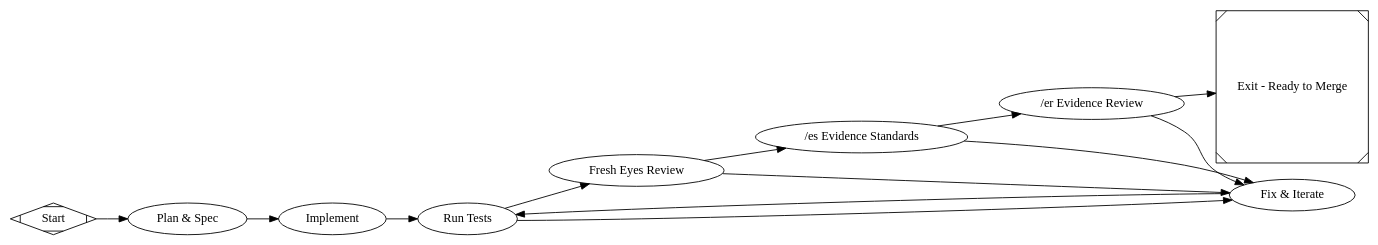
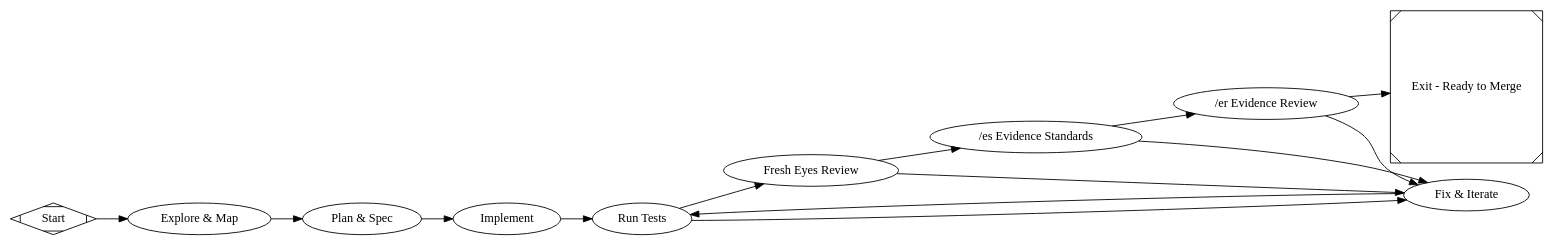
Before and after one commit to jleechanorg/dark-factory: the diagram in pipelines/slim/minimal_pr.dot, drawn with Graphviz. The commit also changed 8 other files, not shown here.

First line of the commit message:
feat(slim): add explore phase and role-based model routing

```diff
--- a/pipelines/slim/minimal_pr.dot
+++ b/pipelines/slim/minimal_pr.dot
@@ -1,79 +1,90 @@
 digraph MinimalPRFactory {
   graph [
     goal="Iterate on an in-flight PR: passes tests, review, and evidence gates"
     rankdir=LR
     model_stylesheet="minimal_feature.model.css"
   ]
 
   start [shape=Mdiamond, label="Start"]
   exit  [shape=Msquare, label="Exit - Ready to Merge"]
+
+  explore [
+    type="codergen",
+    label="Explore & Map",
+    class="explore",
+    prompt="@prompts/slim/explore.md"
+  ]
 
   plan [
     type="codergen",
     label="Plan & Spec",
     class="plan",
     prompt="@prompts/slim/plan.md"
   ]
 
   implement [
     type="codergen",
     label="Implement",
     class="implement",
     prompt="@prompts/slim/implement.md",
     max_retries=2
   ]
 
   test [
     type="tool",
     label="Run Tests",
     command="${state.slim.test_command}",
     validation=true,
     goal_gate=true,
+    timeout=600,
     retry_target="fix"
   ]
 
   review [
     type="codergen",
     label="Fresh Eyes Review",
     class="review",
-    backend="codex",
     prompt="@prompts/slim/review.md",
     goal_gate=true,
     retry_target="fix"
   ]
 
   gate_es [
     type="gate_es",
-    label="/es Evidence Standards"
+    label="/es Evidence Standards",
+    timeout=600
   ]
 
   gate_er [
     type="gate_er",
-    label="/er Evidence Review"
+    label="/er Evidence Review",
+    timeout=600
   ]
 
   fix [
     type="codergen",
     label="Fix & Iterate",
+    class="fix",
     prompt="@prompts/slim/fix.md",
     max_retries=2
   ]
 
-  start -> plan
+  start -> explore
+  explore -> plan
   plan -> implement
   implement -> test
 
   test -> review [condition="outcome=success"]
   test -> fix [condition="outcome!=success"]
 
   review -> gate_es [condition="outcome=success"]
   review -> fix [condition="outcome!=success"]
 
   gate_es -> gate_er [condition="outcome=success"]
   gate_es -> fix [condition="outcome!=success"]
 
   gate_er -> exit [condition="outcome=success"]
   gate_er -> fix [condition="outcome!=success"]
 
   fix -> test
 }
```
